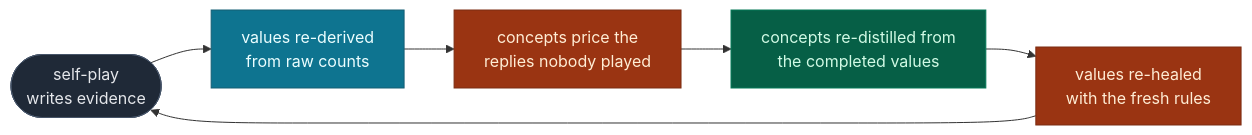
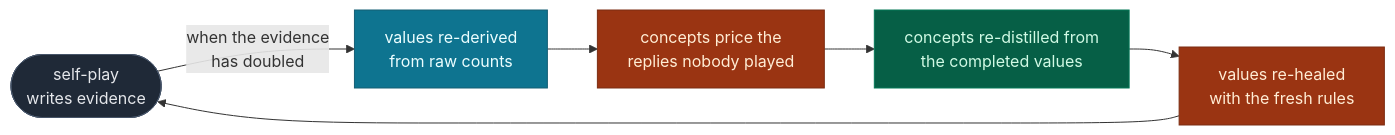
The ninth of 9 diagrams in README.md (MatheweB/WiseExplorer), drawn with Mermaid before and after one commit. The commit also changed other lines of this file and 4 other files, not shown here.

````diff
--- a/README.md
+++ b/README.md
@@ -569,12 +572,12 @@
 ```mermaid
 flowchart LR
     classDef ev fill:#0e7490,stroke:#155e75,color:#ecfeff
     classDef he fill:#9a3412,stroke:#7c2d12,color:#ffedd5
     classDef di fill:#065f46,stroke:#047857,color:#d1fae5
     classDef pl fill:#1f2937,stroke:#475569,color:#e5e7eb
-    P(["self-play<br/>writes evidence"]):::pl --> S["values re-derived<br/>from raw counts"]:::ev
+    P(["self-play<br/>writes evidence"]):::pl -->|"when the evidence<br/>has doubled"| S["values re-derived<br/>from raw counts"]:::ev
     S --> H["concepts price the<br/>replies nobody played"]:::he
     H --> D["concepts re-distilled from<br/>the completed values"]:::di
     D --> H2["values re-healed<br/>with the fresh rules"]:::he
     H2 --> P
 ```
````
